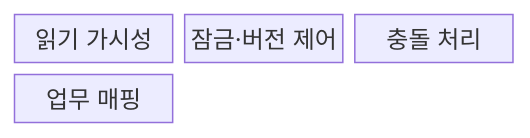
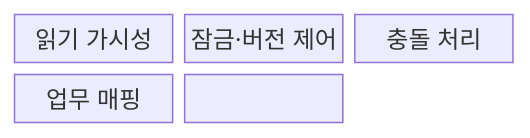
Before and after one commit to agnusdei1207/knowledge-base: the first of 2 diagrams in src/content/docs/notes/03-software/086_transaction_isolation_levels.md, drawn with Mermaid. The commit also changed other lines of this file and 20 other files, not shown here.

````diff
--- a/src/content/docs/notes/03-software/086_transaction_isolation_levels.md
+++ b/src/content/docs/notes/03-software/086_transaction_isolation_levels.md
@@ -59,8 +66,9 @@
 ```mermaid
-block-beta
+block
   columns 3
   V["읽기 가시성"]
   C["잠금·버전 제어"]
   F["충돌 처리"]
   B["업무 매핑"]
+  B --> V --> C --> F
 ```
````
